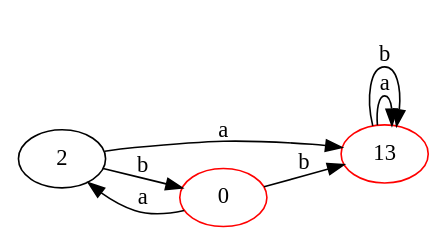
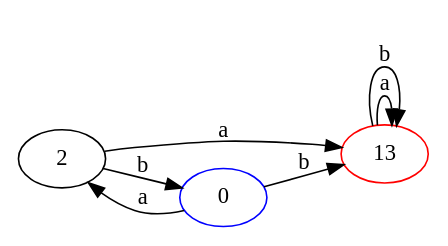
The diagram in graphes/A4-11.gv (ZvNico/MathInfo), drawn with Graphviz before and after one commit. The commit also changed 57 other files, not shown here.

```diff
--- a/graphes/A4-11.gv
+++ b/graphes/A4-11.gv
@@ -1,12 +1,12 @@
 digraph {
 	rankdir=LR
 	13 [color=red]
 	13 -> 13 [label=a]
 	13 -> 13 [label=b]
 	2
 	2 -> 13 [label=a]
 	2 -> 0 [label=b]
-	0 [color=red]
+	0 [color=blue]
 	0 -> 2 [label=a]
 	0 -> 13 [label=b]
 }
```
